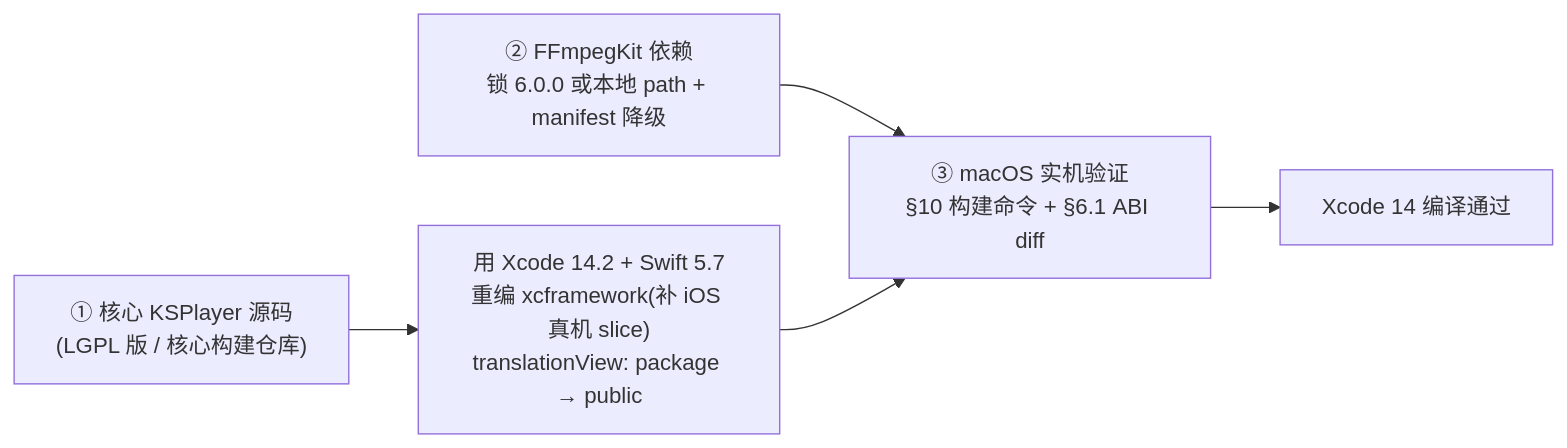
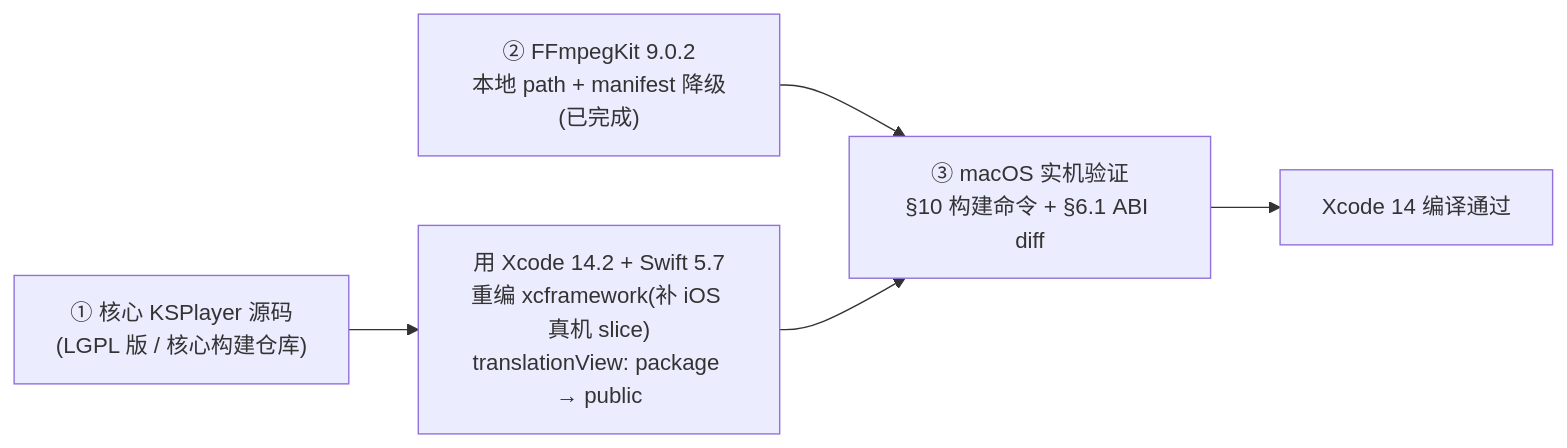
Before and after one commit to chengshengru/KSPlayer: the fifth of 5 diagrams in .trae/documents/KSPlayer迁移Swift5.7详细移植方案.md, drawn with Mermaid. The commit also changed other lines of this file and 1 other file, not shown here.

````diff
--- a/.trae/documents/KSPlayer迁移Swift5.7详细移植方案.md
+++ b/.trae/documents/KSPlayer迁移Swift5.7详细移植方案.md
@@ -585,7 +585,7 @@
 ```mermaid
 flowchart LR
     A["① 核心 KSPlayer 源码<br/>(LGPL 版 / 核心构建仓库)"] --> B["用 Xcode 14.2 + Swift 5.7<br/>重编 xcframework(补 iOS 真机 slice)<br/>translationView: package → public"]
-    C["② FFmpegKit 依赖<br/>锁 6.0.0 或本地 path + manifest 降级"] --> D
+    C["② FFmpegKit 9.0.2<br/>本地 path + manifest 降级(已完成)"] --> D
     B --> D["③ macOS 实机验证<br/>§10 构建命令 + §6.1 ABI diff"]
     D --> E["Xcode 14 编译通过"]
 ```
````
